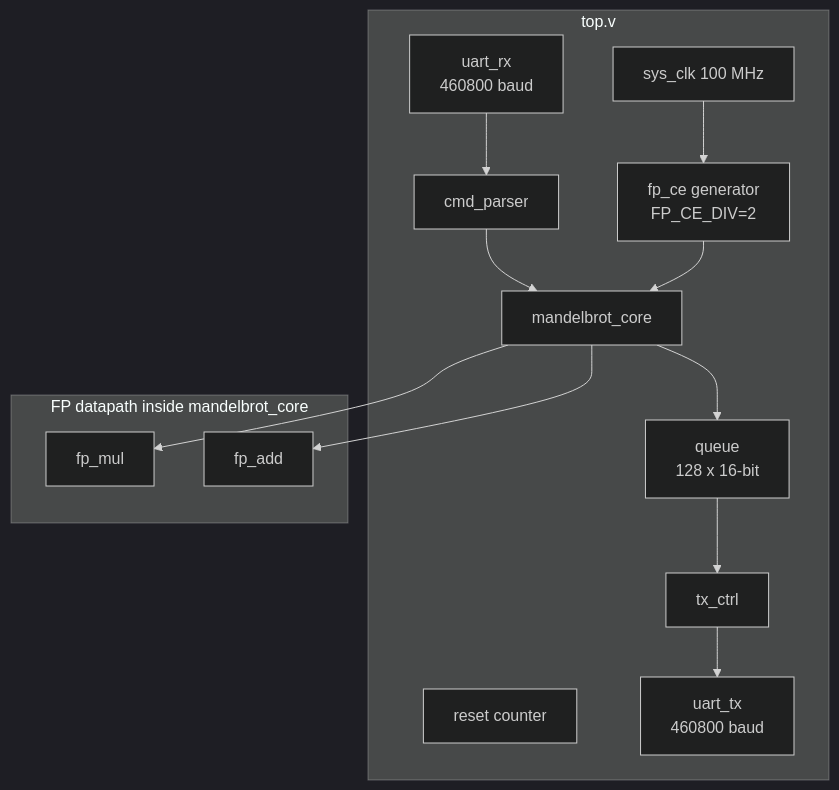
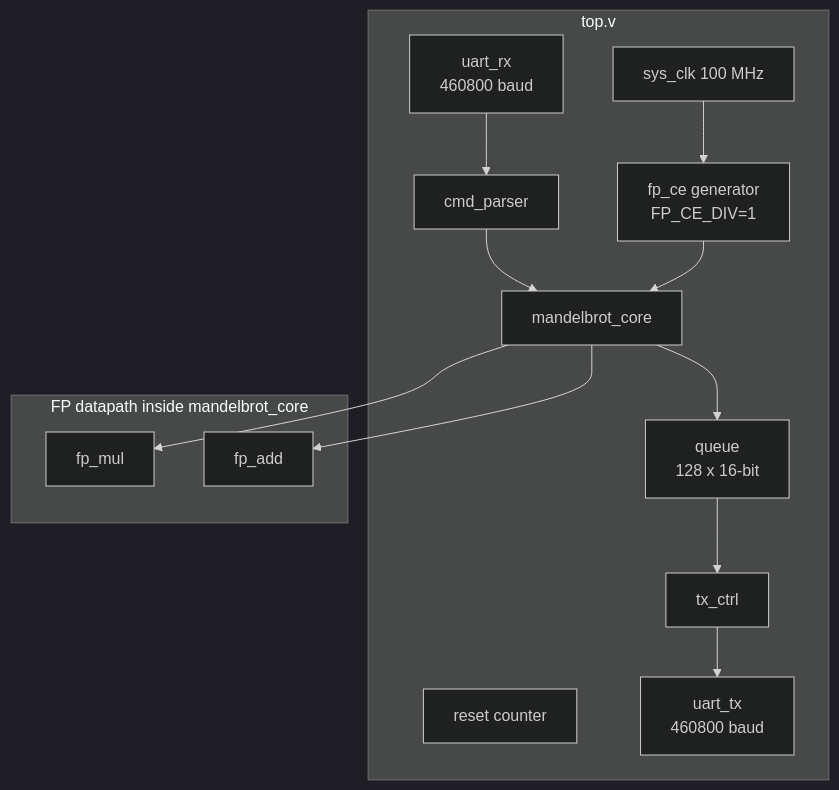
One commit to RESBI/FPGA-Mandelbrot-Demo changed the second of 4 diagrams in README.md. Above: the diagram before and after it, drawn with Mermaid (dark theme). The commit also changed other lines of this file and 9 other files, not shown here.

````diff
--- a/README.md
+++ b/README.md
@@ -83,26 +83,26 @@
 ```mermaid
 flowchart TB
     subgraph TOP[top.v]
-        CLK[sys_clk 100 MHz] --> CE[fp_ce generator<br/>FP_CE_DIV=2]
+        CLK[sys_clk 100 MHz] --> CE[fp_ce generator<br/>FP_CE_DIV=1]
         RST[reset counter]
 
         URX[uart_rx<br/>460800 baud]
         UTX[uart_tx<br/>460800 baud]
         CMD[cmd_parser]
         CORE[mandelbrot_core]
         FIFO[queue<br/>128 x 16-bit]
         TXC[tx_ctrl]
 
         URX --> CMD
         CMD --> CORE
         CE --> CORE
         CORE --> FIFO
         FIFO --> TXC
         TXC --> UTX
     end
 
     subgraph FP[FP datapath inside mandelbrot_core]
         CORE --> FPM[fp_mul]
         CORE --> FPA[fp_add]
     end
 ```
````
